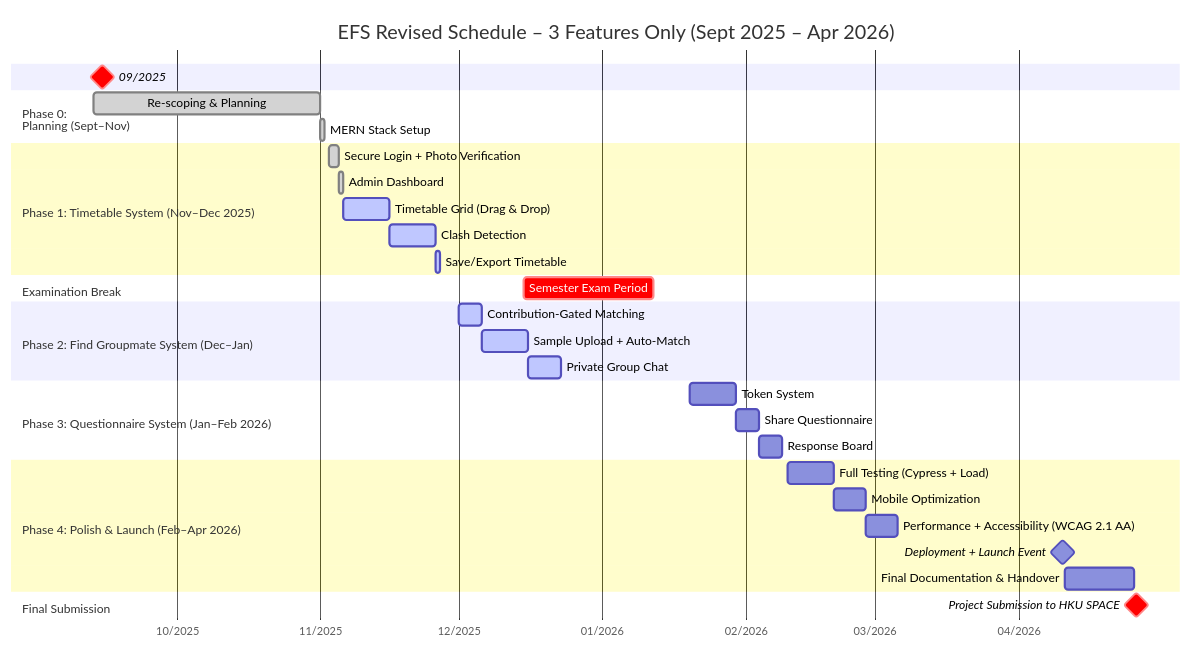
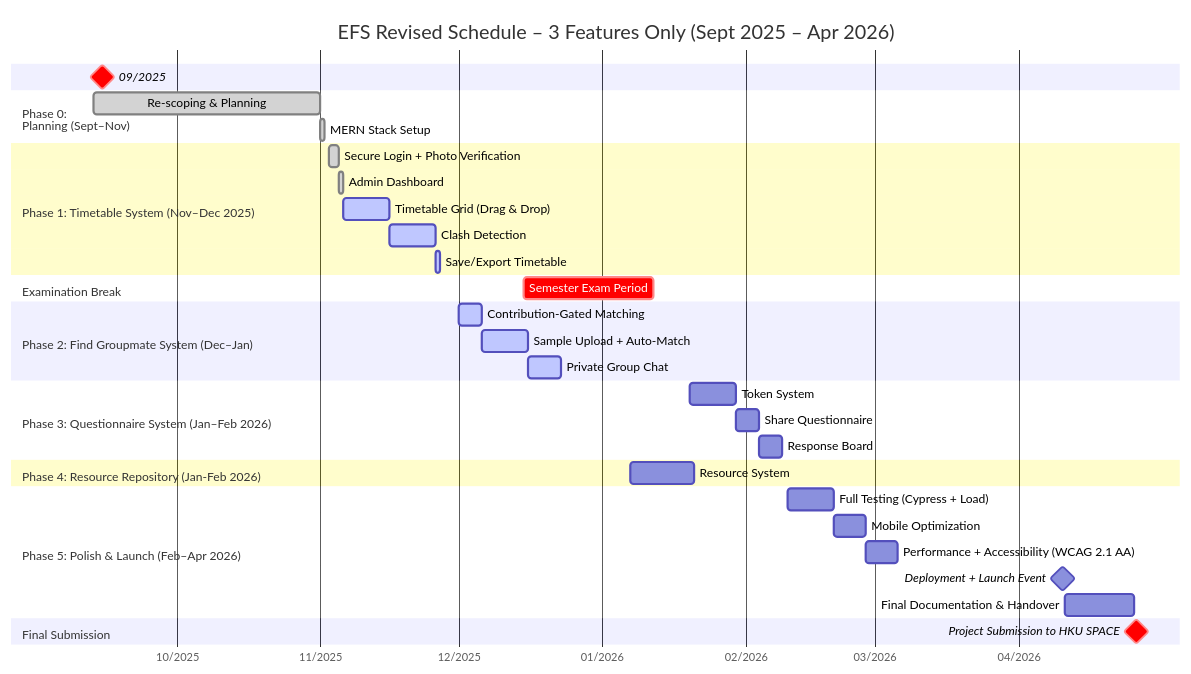
One commit to MyFGitAccount/MARKDOWN_KK changed the diagram in markdown/schedule.md. Above: the diagram before and after it, drawn with Mermaid.

Commit message:
add schedule

````diff
--- a/markdown/schedule.md
+++ b/markdown/schedule.md
@@ -1,45 +1,48 @@
 ```mermaid
 gantt
     title EFS Revised Schedule – 3 Features Only (Sept 2025 – Apr 2026)
     dateFormat YYYY-MM-DD
     axisFormat %m/%Y
     tickInterval 1month
     todayMarker stroke-width:1px,stroke:#e74c3c,opacity:0.9
 
     %% Timestamp milestone (bold red, highly visible)
     09/2025 :milestone, crit, ts, 2025-09-15, 0d
 
     section Phase 0: <br>Planning (Sept–Nov)
     Re-scoping & Planning :done, plan1, 2025-09-13, 2025-11-01
     MERN Stack Setup :done, setup1, after plan1, 1d
 
     section Phase 1: Timetable System (Nov–Dec 2025)
     Secure Login + Photo Verification :done, auth1, 2025-11-03, 2025-11-05
     Admin Dashboard :done, admin1, after auth1, 1d
     Timetable Grid (Drag & Drop) :active, timetable1, after admin1, 10d
     Clash Detection :active, clash1, after timetable1, 10d
     Save/Export Timetable :active, export1, after clash1, 1d
 
     section Examination Break
     Semester Exam Period :crit, exam, 2025-12-15, 2026-01-12
 
     section Phase 2: Find Groupmate System (Dec–Jan)
     Contribution-Gated Matching :active, group1, 2025-12-01, 5d
     Sample Upload + Auto-Match :active, timer1, after group1, 10d
     Private Group Chat :active, chat1, after timer1, 7d
-
+    
     section Phase 3: Questionnaire System (Jan–Feb 2026)
     Token System :token1, 2026-01-20, 10d
     Share Questionnaire :share1, after token1, 5d
     Response Board :board1, after share1, 5d
-
-    section Phase 4: Polish & Launch (Feb–Apr 2026)
+    
+    section Phase 4: Resource Repository (Jan-Feb 2026)
+    Resource System:r1,2026-01-7,14d
+    
+    section Phase 5: Polish & Launch (Feb–Apr 2026)
     Full Testing (Cypress + Load) :test1, 2026-02-10, 10d
     Mobile Optimization :mobile1, after test1, 7d
     Performance + Accessibility (WCAG 2.1 AA) :perf1, after mobile1, 7d
     Deployment + Launch Event :milestone, launch, 2026-04-10, 1d
     Final Documentation & Handover :handover1, after launch, 15d
 
     section Final Submission
     Project Submission to HKU SPACE :crit, milestone, submit, 2026-04-26, 1d
 ```
````
